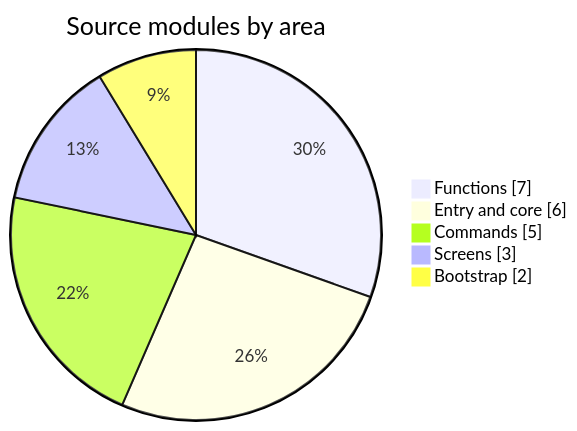
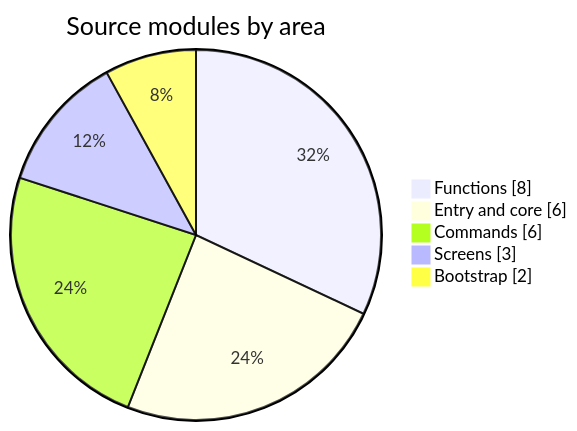
Before and after one commit to Armoghans-Organization/Omarchy-Tweaker: the third of 3 diagrams in docs/architecture.md, drawn with Mermaid. The commit also changed other lines of this file and 19 other files, not shown here.

````diff
--- a/docs/architecture.md
+++ b/docs/architecture.md
@@ -110,9 +112,9 @@
 ```mermaid
 pie showData
     title Source modules by area
-    "Functions" : 7
+    "Functions" : 8
     "Entry and core" : 6
-    "Commands" : 5
+    "Commands" : 6
     "Screens" : 3
     "Bootstrap" : 2
 ```
````
